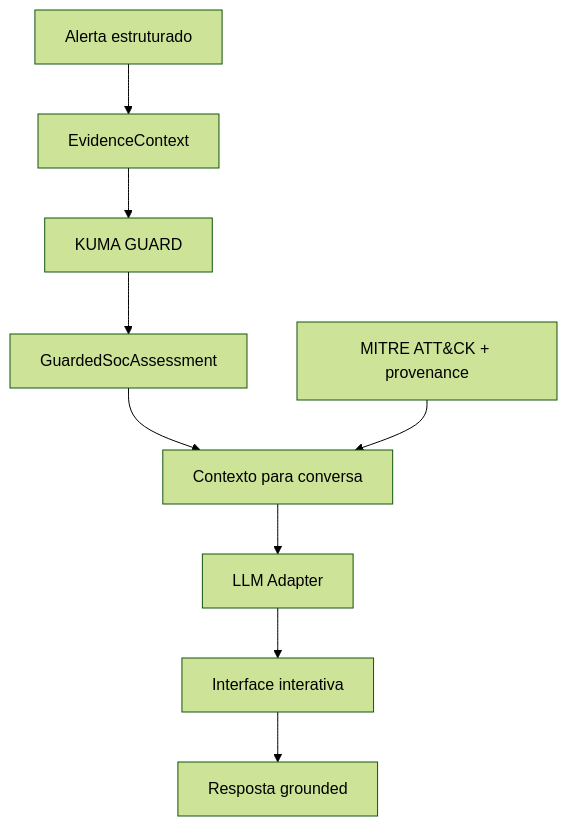
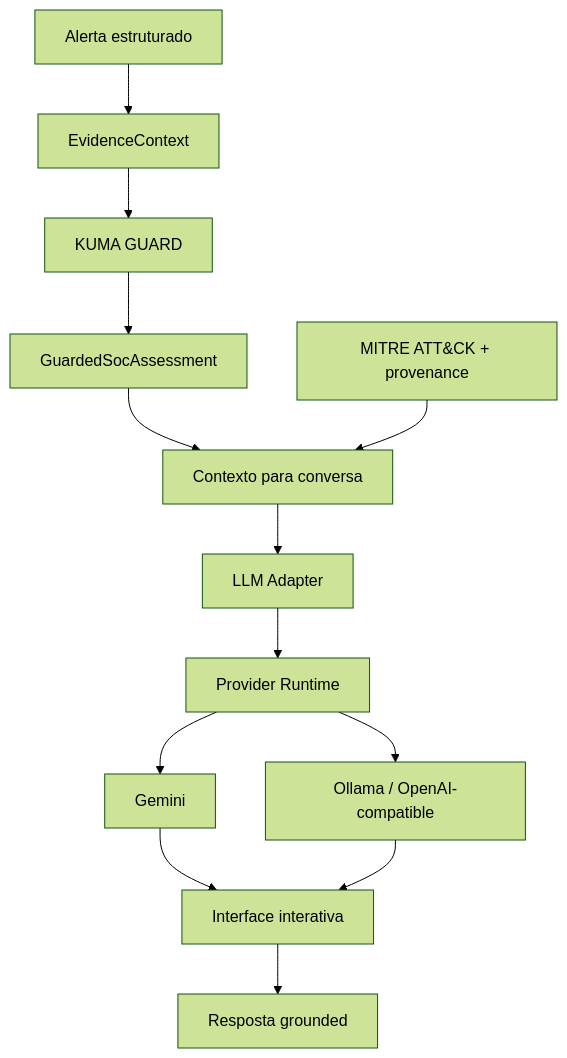
One commit to KUMA-LAB-1/soc-transaction-anomaly-detector changed the diagram in docs/bootcamp/01-documentacao-agente.md. Above: the diagram before and after it, drawn with Mermaid (forest theme). The commit also changed other lines of this file and 1 other file, not shown here.

Commit message:
docs: atualiza runtime LLM na documentacao do bootcamp

```diff
--- a/docs/bootcamp/01-documentacao-agente.md
+++ b/docs/bootcamp/01-documentacao-agente.md
@@ -79,12 +79,16 @@
 ~~~mermaid
 flowchart TD
     A[Alerta estruturado] --> B[EvidenceContext]
     B --> C[KUMA GUARD]
     C --> D[GuardedSocAssessment]
     D --> E[Contexto para conversa]
     E --> F[LLM Adapter]
-    F --> G[Interface interativa]
+    F --> P[Provider Runtime]
+    P --> J[Gemini]
+    P --> K[Ollama / OpenAI-compatible]
+    J --> G[Interface interativa]
+    K --> G
     G --> H[Resposta grounded]
 
     I[MITRE ATT&CK + provenance] --> E
 ~~~
```
